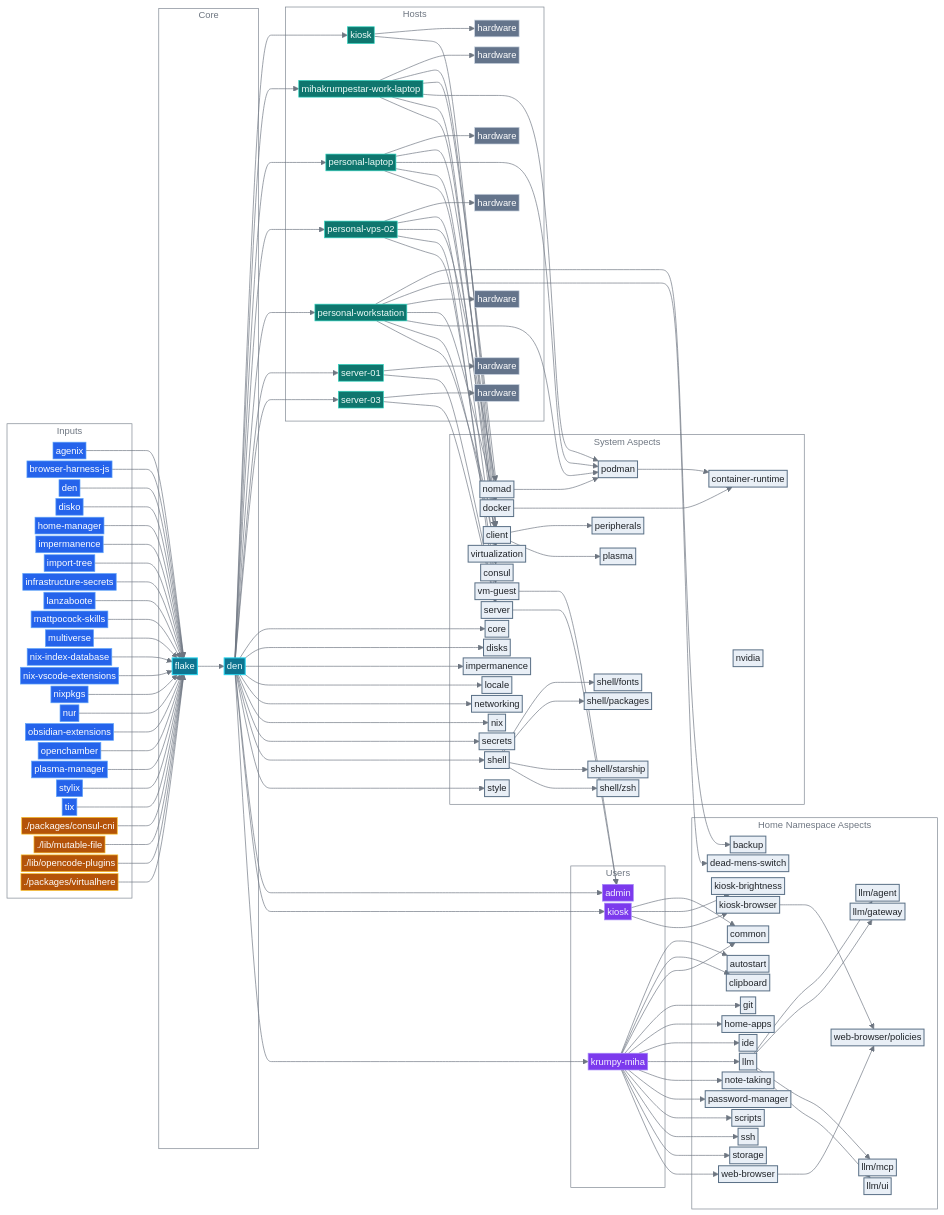
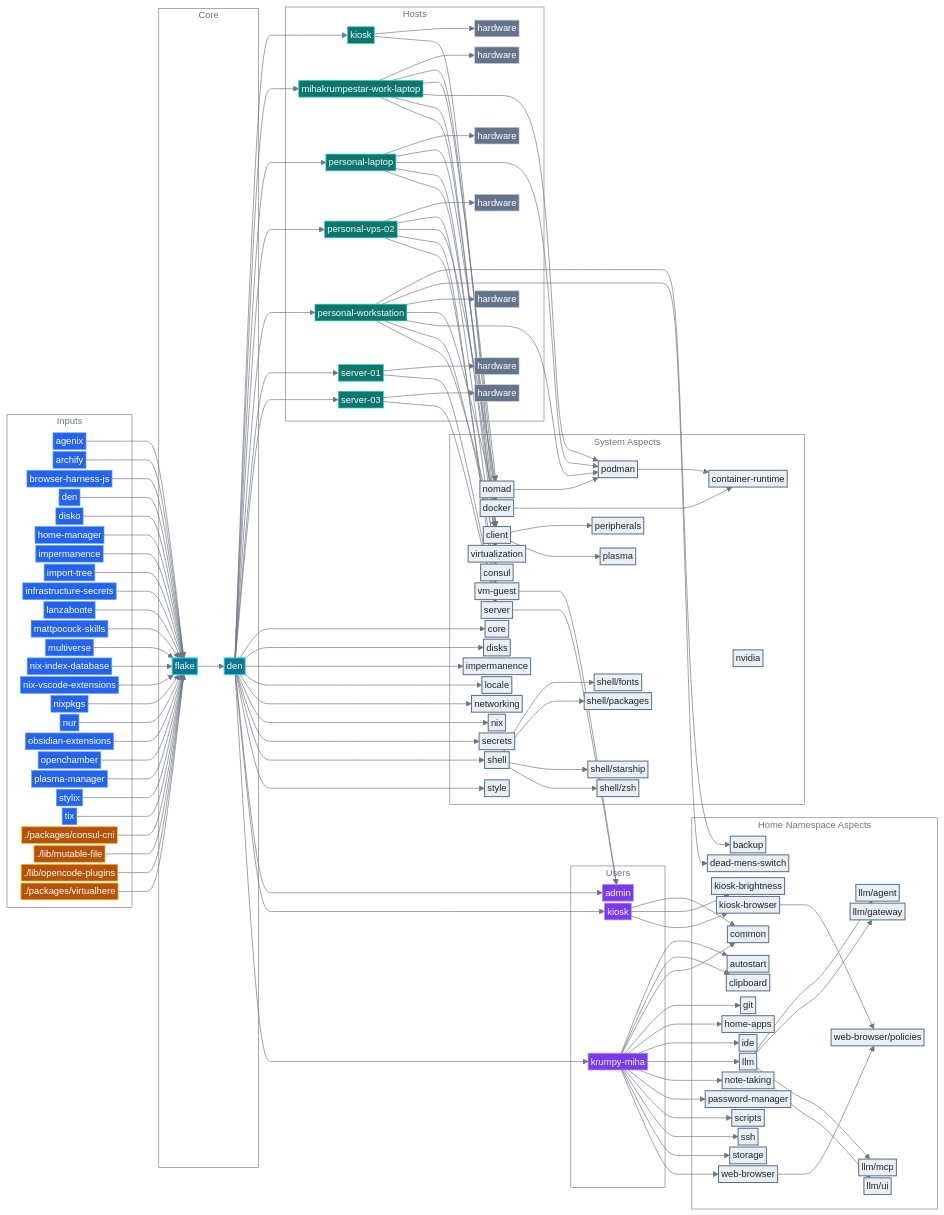
Before and after one commit to mihakrumpestar/infrastructure: the diagram in README.md, drawn with Mermaid. The commit also changed other lines of this file and 4 other files, not shown here.

```diff
--- a/README.md
+++ b/README.md
@@ -133,6 +133,7 @@
 
     subgraph Inputs[Inputs]
         input_agenix["agenix"]:::input
+        input_archify["archify"]:::input
         input_browser_harness_js["browser-harness-js"]:::input
         input_den["den"]:::input
         input_disko["disko"]:::input
@@ -296,6 +297,7 @@
     host_server_03 --> host_server_03_hardware
     host_server_03 --> type_server
     input_agenix --> flake
+    input_archify --> flake
     input_browser_harness_js --> flake
     input_den --> flake
     input_disko --> flake
```
